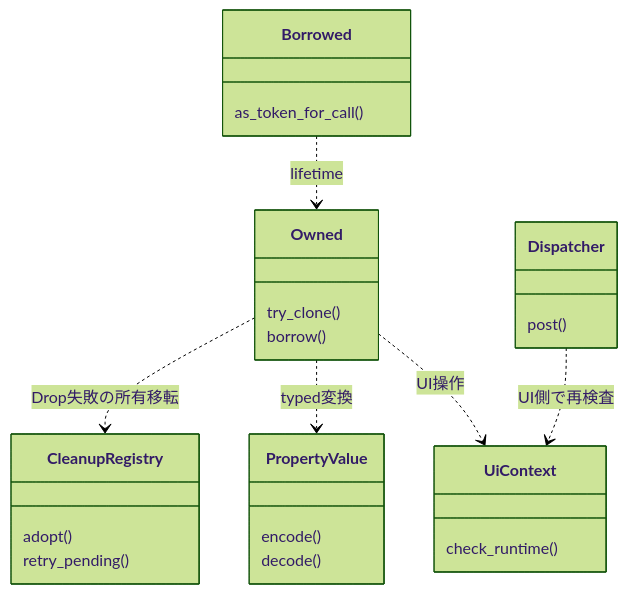
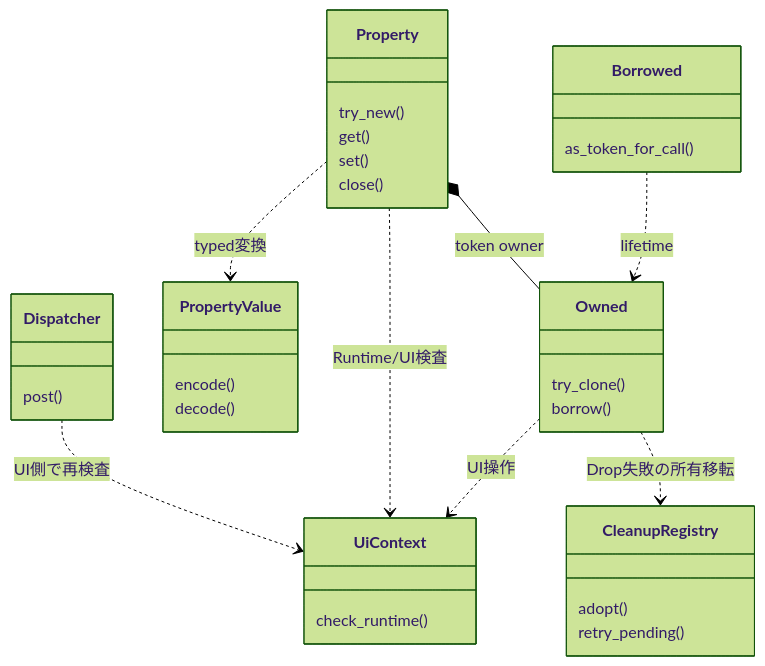
Before and after one commit to edamame-edame/freemvvm: the sixth of 6 diagrams in .docs/13_detail_design/wrappers/rust.md, drawn with Mermaid (forest theme). The commit also changed other lines of this file and 4 other files, not shown here.

````diff
--- a/.docs/13_detail_design/wrappers/rust.md
+++ b/.docs/13_detail_design/wrappers/rust.md
@@ -333,30 +337,38 @@
 ```mermaid
 classDiagram
     direction TB
     class Owned {
         try_clone()
         borrow()
     }
     class Borrowed {
         as_token_for_call()
     }
     class UiContext {
         check_runtime()
+    }
+    class Property {
+        try_new()
+        get()
+        set()
+        close()
     }
     class PropertyValue {
         encode()
         decode()
     }
     class CleanupRegistry {
         adopt()
         retry_pending()
     }
     class Dispatcher {
         post()
     }
     Borrowed ..> Owned : lifetime
     Owned ..> UiContext : UI操作
-    Owned ..> PropertyValue : typed変換
+    Property *-- Owned : token owner
+    Property ..> UiContext : Runtime/UI検査
+    Property ..> PropertyValue : typed変換
     Owned ..> CleanupRegistry : Drop失敗の所有移転
     Dispatcher ..> UiContext : UI側で再検査
 ```
````
